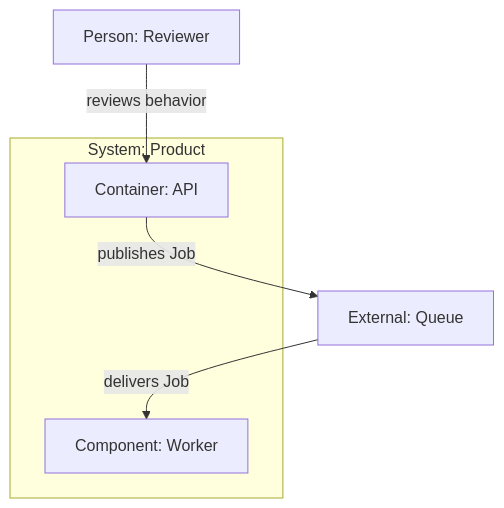
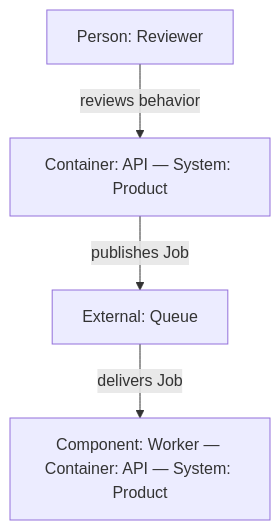
One commit to ramtinJ95/pi-mermaid-tui changed the diagram in README.md. Above: the diagram before and after it, drawn with Mermaid. The commit also changed other lines of this file and 5 other files, not shown here.

````diff
--- a/README.md
+++ b/README.md
@@ -77,12 +78,10 @@
 ```mermaid
 flowchart TB
   Reviewer["Person: Reviewer"]
-  subgraph Product["System: Product"]
-    API["Container: API"]:::changed
-    Worker["Component: Worker"]:::added
-  end
+  API["Container: API — System: Product"]:::changed
   Queue["External: Queue"]
+  Worker["Component: Worker — Container: API — System: Product"]:::added
   Reviewer -->|"reviews behavior"| API
   API -->|"publishes Job"| Queue
   Queue -->|"delivers Job"| Worker
 ```
````
